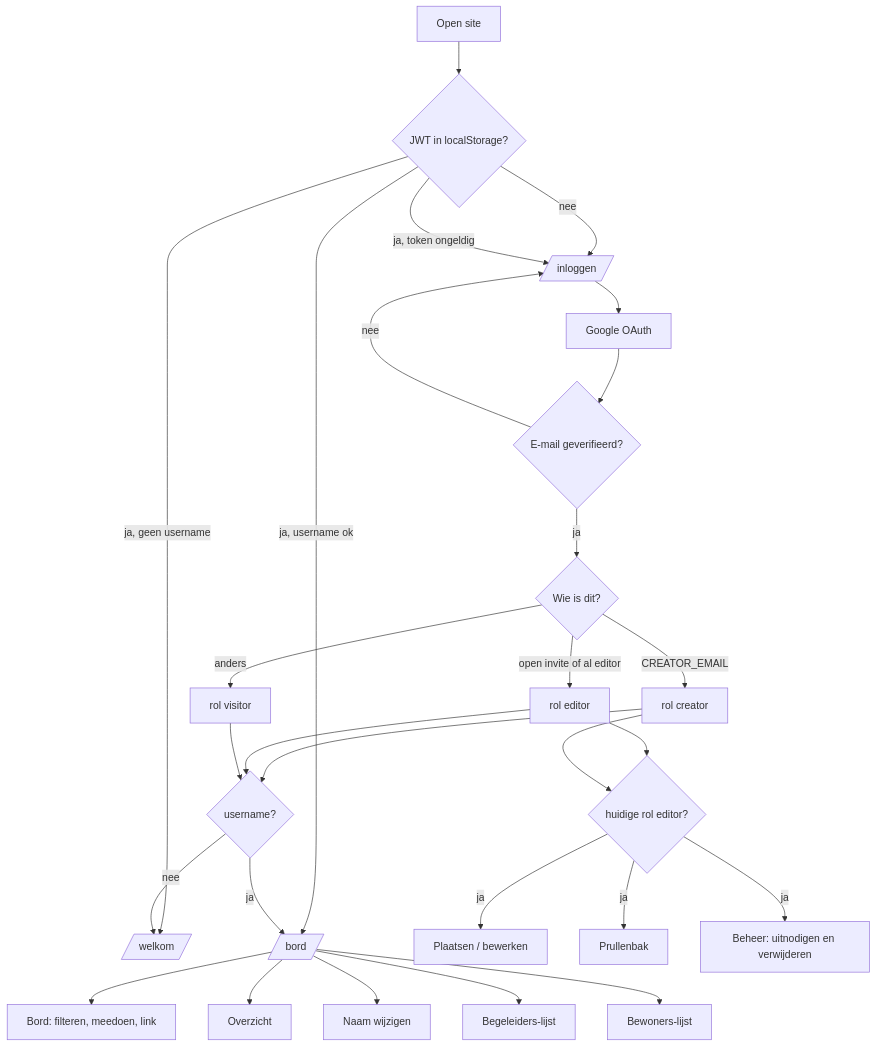
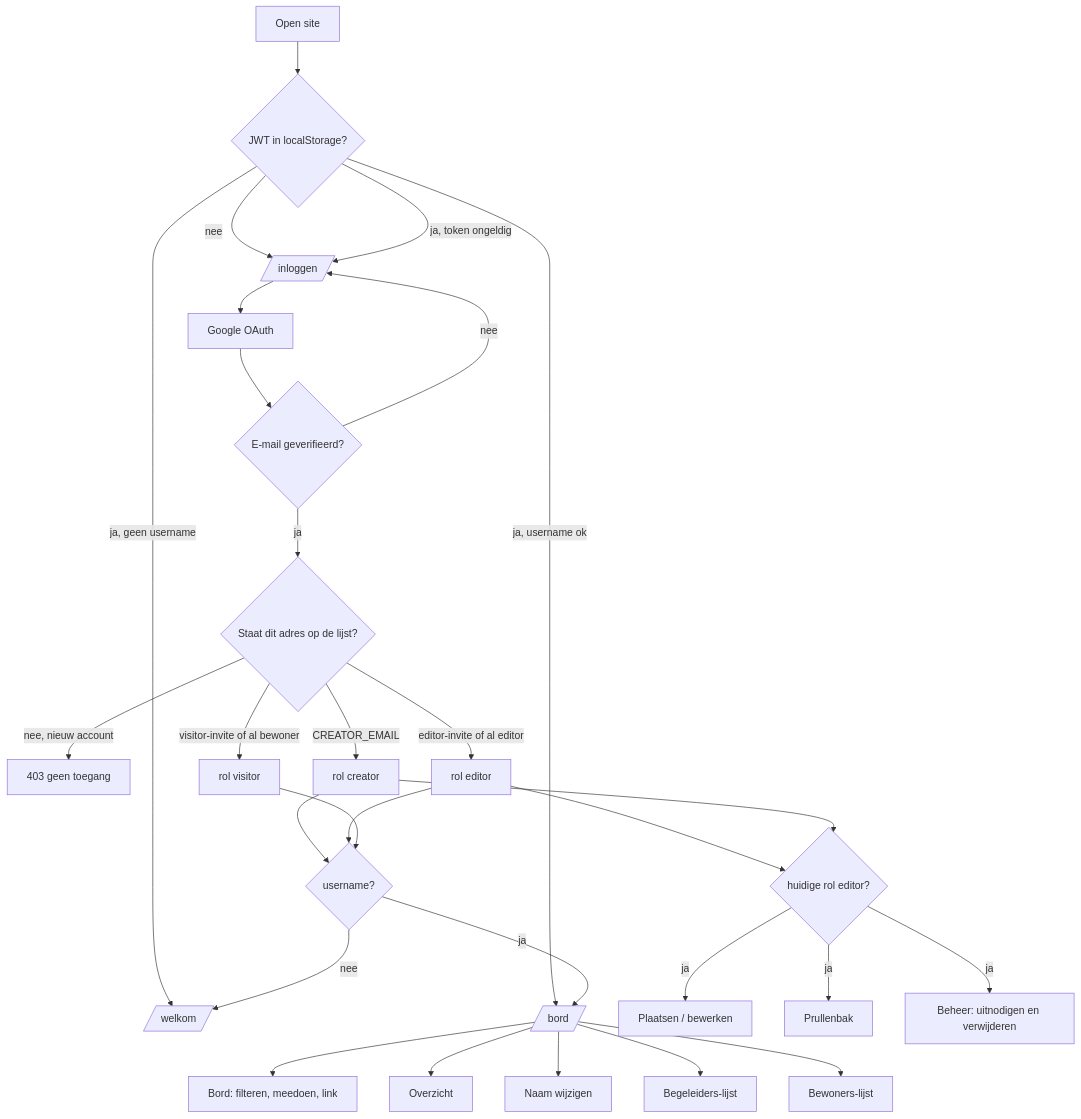
Before and after one commit to raimonvibe/leviaan: the first of 3 diagrams in SPECIFICATIE.md, drawn with Mermaid. The commit also changed other lines of this file and 16 other files, not shown here.

````diff
--- a/SPECIFICATIE.md
+++ b/SPECIFICATIE.md
@@ -15,33 +15,34 @@
 ```mermaid
 flowchart TD
   A[Open site] --> B{JWT in localStorage?}
   B -->|nee| C[/inloggen/]
   B -->|ja, token ongeldig| C
   B -->|ja, geen username| D[/welkom/]
   B -->|ja, username ok| E[/bord/]
 
   C --> F[Google OAuth]
   F --> G{E-mail geverifieerd?}
   G -->|nee| C
-  G -->|ja| H{Wie is dit?}
+  G -->|ja| H{Staat dit adres op de lijst?}
+  H -->|nee, nieuw account| X[403 geen toegang]
   H -->|CREATOR_EMAIL| I[rol creator]
-  H -->|open invite of al editor| J[rol editor]
-  H -->|anders| K[rol visitor]
+  H -->|editor-invite of al editor| J[rol editor]
+  H -->|visitor-invite of al bewoner| K[rol visitor]
   I --> L{username?}
   J --> L
   K --> L
   L -->|nee| D
   L -->|ja| E
 
   E --> M[Bord: filteren, meedoen, link]
   E --> N[Overzicht]
   E --> O[Naam wijzigen]
   E --> P[Begeleiders-lijst]
   E --> Q[Bewoners-lijst]
 
   J --> R{huidige rol editor?}
   I --> R
   R -->|ja| S[Plaatsen / bewerken]
   R -->|ja| T[Prullenbak]
   R -->|ja| U[Beheer: uitnodigen en verwijderen]
 ```
````
